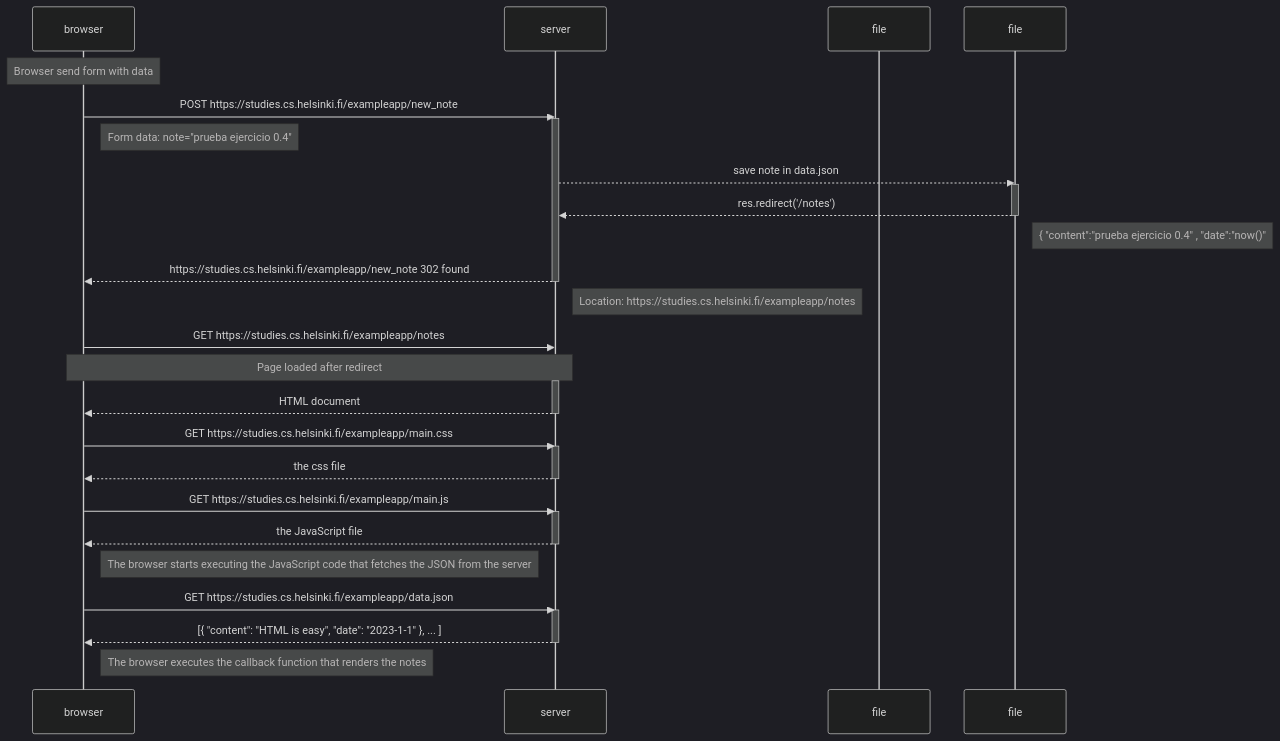
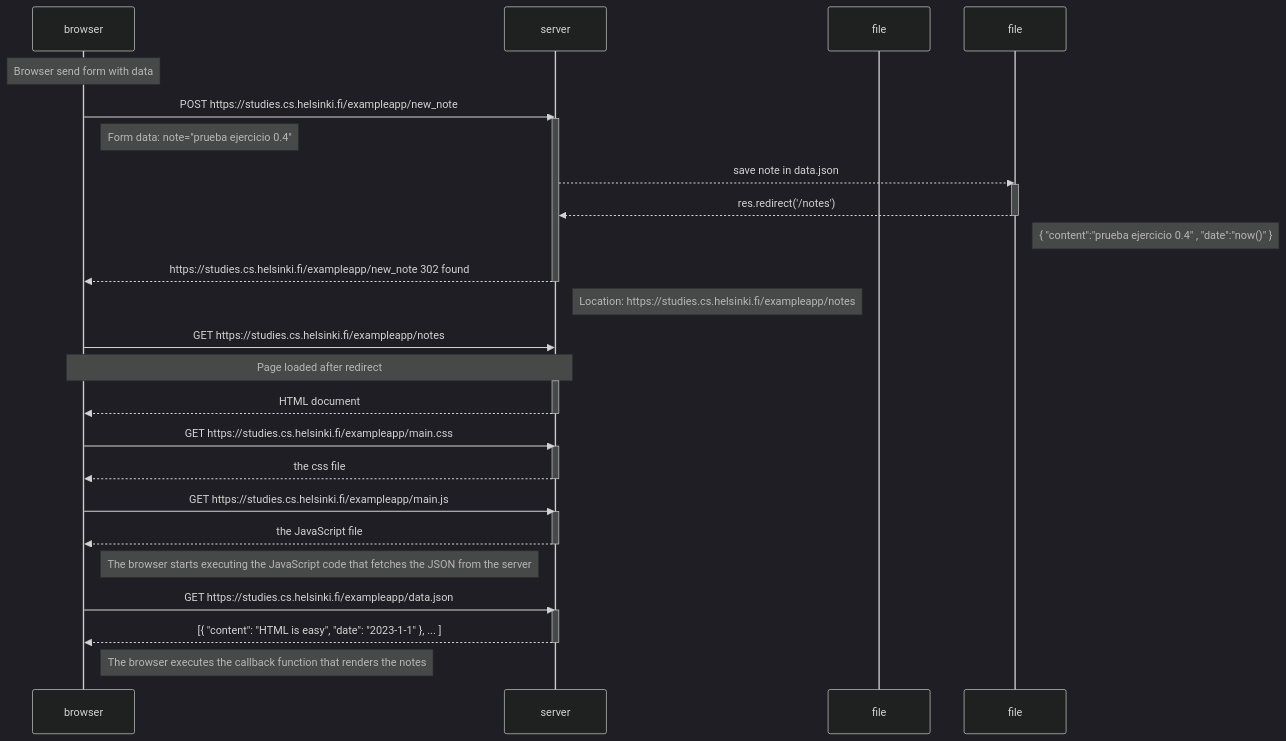
Before and after one commit to Fraile05/fullstackopen: the diagram in part0/exercise_0.4.md, drawn with Mermaid (dark theme).

Commit message:
Se agrega una llave de cierre

````diff
--- a/part0/exercise_0.4.md
+++ b/part0/exercise_0.4.md
@@ -4,44 +4,44 @@
 ```mermaid
 sequenceDiagram
     participant browser
     participant server
     participant data.json as file
 
     Note over browser: Browser send form with data
     browser->>server: POST https://studies.cs.helsinki.fi/exampleapp/new_note
     activate server
     Note right of browser: Form data: note="prueba ejercicio 0.4"
     server-->>file: save note in data.json
     activate file
     file-->>server: res.redirect('/notes')
     deactivate file
-    Note right of file: { "content":"prueba ejercicio 0.4" , "date":"now()"
+    Note right of file: { "content":"prueba ejercicio 0.4" , "date":"now()" }
     server-->>browser: https://studies.cs.helsinki.fi/exampleapp/new_note 302 found
     deactivate server
     Note right of server: Location: https://studies.cs.helsinki.fi/exampleapp/notes
     browser->>server: GET https://studies.cs.helsinki.fi/exampleapp/notes
     Note over browser, server: Page loaded after redirect 
     
     activate server
     server-->>browser: HTML document
     deactivate server
 
     browser->>server: GET https://studies.cs.helsinki.fi/exampleapp/main.css
     activate server
     server-->>browser: the css file
     deactivate server
 
     browser->>server: GET https://studies.cs.helsinki.fi/exampleapp/main.js
     activate server
     server-->>browser: the JavaScript file
     deactivate server
 
     Note right of browser: The browser starts executing the JavaScript code that fetches the JSON from the server
 
     browser->>server: GET https://studies.cs.helsinki.fi/exampleapp/data.json
     activate server
     server-->>browser: [{ "content": "HTML is easy", "date": "2023-1-1" }, ... ]
     deactivate server
 
     Note right of browser: The browser executes the callback function that renders the notes
 ```
````
